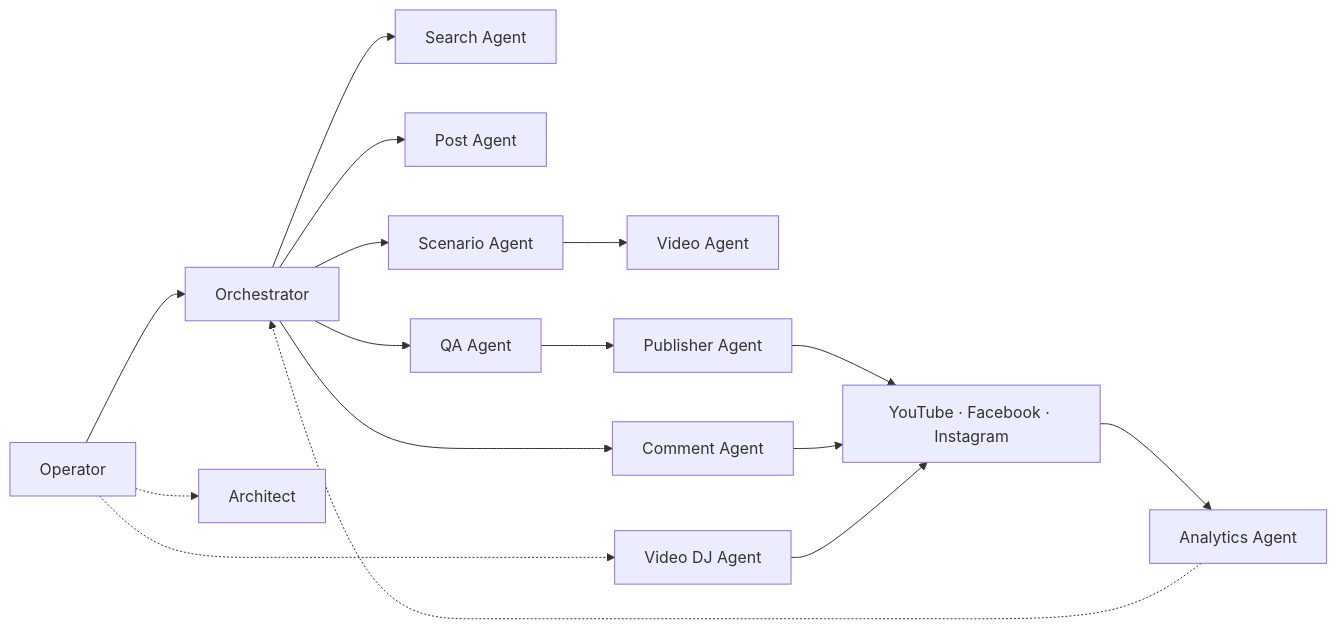
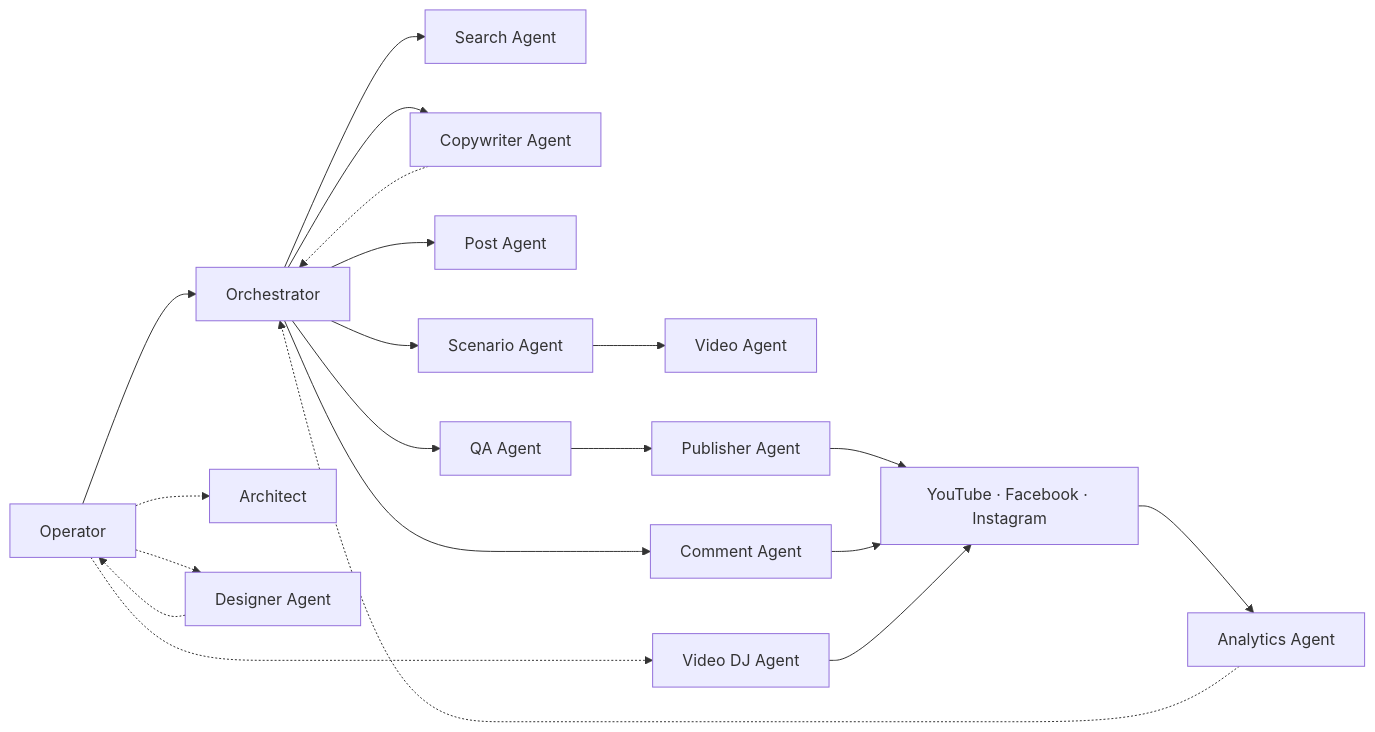
One commit to mediaops-platform/.github changed the diagram in profile/README.md. Above: the diagram before and after it, drawn with Mermaid. The commit also changed other lines of this file, not shown here.

First line of the commit message:
docs(profile): v0.4.0 — Designer + Copywriter roles, long-form Type 1, closeout runner

````diff
--- a/profile/README.md
+++ b/profile/README.md
@@ -216,18 +216,22 @@
 ```mermaid
 flowchart LR
     Operator["Operator"] --> Orchestrator["Orchestrator"]
     Operator -.-> Architect["Architect"]
     Orchestrator --> Search["Search Agent"]
+    Orchestrator --> Copywriter["Copywriter Agent"]
+    Copywriter -.-> Orchestrator
     Orchestrator --> Post["Post Agent"]
     Orchestrator --> Scenario["Scenario Agent"]
     Scenario --> Video["Video Agent"]
     Orchestrator --> QA["QA Agent"]
     QA --> Publisher["Publisher Agent"]
     Publisher --> Platforms["YouTube · Facebook · Instagram"]
     Orchestrator --> Comment["Comment Agent"]
     Comment --> Platforms
     Platforms --> Analytics["Analytics Agent"]
     Analytics -.-> Orchestrator
+    Operator -.-> Designer["Designer Agent"]
+    Designer -.-> Operator
     Operator -.-> VideoDJ["Video DJ Agent"]
     VideoDJ --> Platforms
 ```
````
